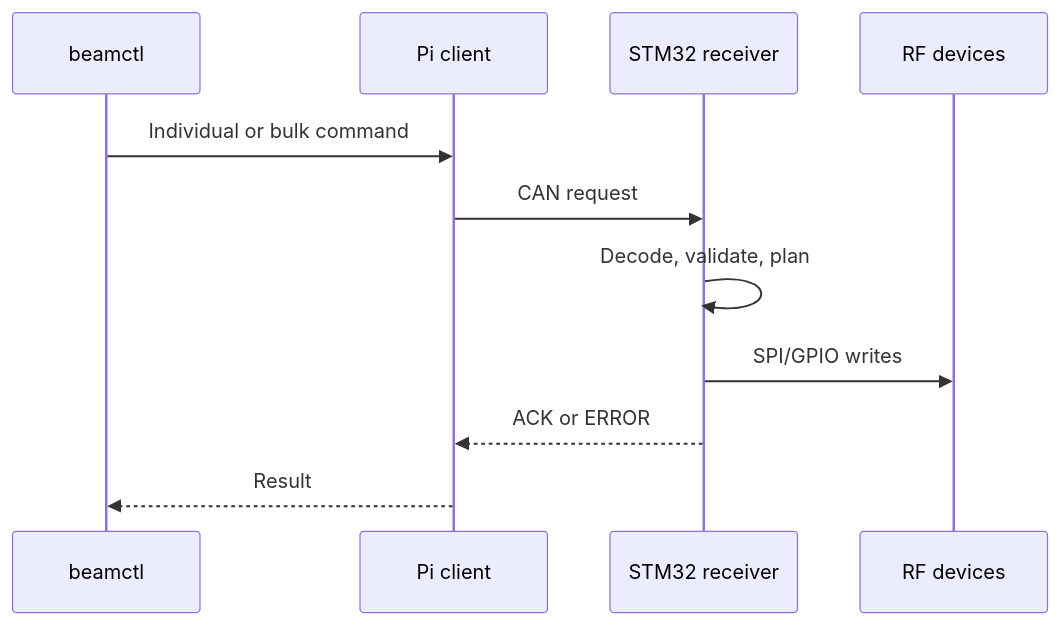
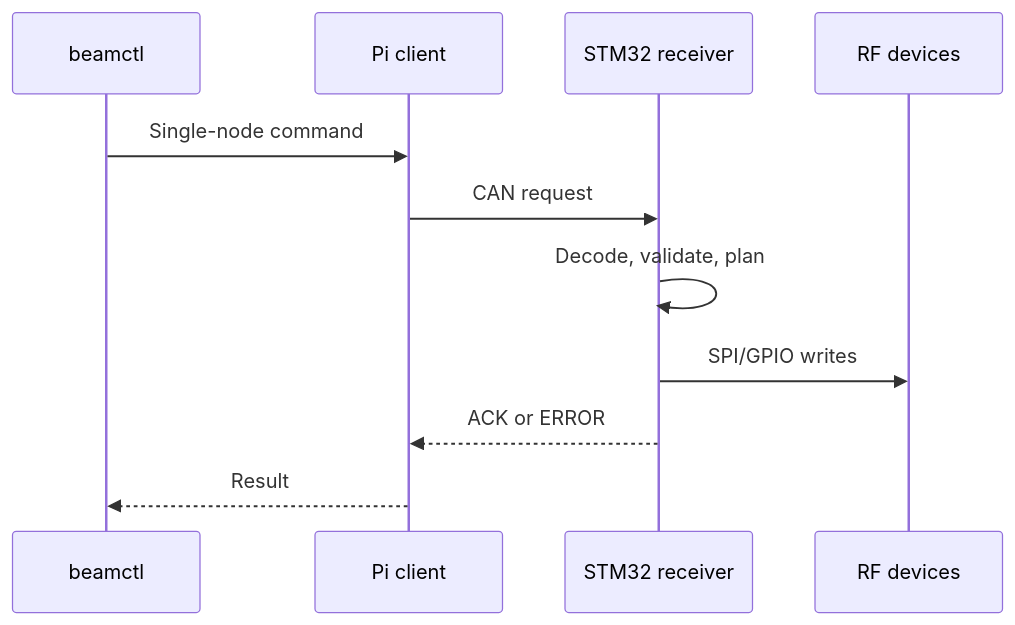
The diagram in docs/overview.md (uorocketry/beamforming-software), drawn with Mermaid before and after one commit. The commit also changed other lines of this file and 47 other files, not shown here.

````diff
--- a/docs/overview.md
+++ b/docs/overview.md
@@ -7,14 +8,14 @@
 ```mermaid
 sequenceDiagram
     participant Operator as beamctl
     participant Pi as Pi client
     participant STM32 as STM32 receiver
     participant RF as RF devices
 
-    Operator->>Pi: Individual or bulk command
+    Operator->>Pi: Single-node command
     Pi->>STM32: CAN request
     STM32->>STM32: Decode, validate, plan
     STM32->>RF: SPI/GPIO writes
     STM32-->>Pi: ACK or ERROR
     Pi-->>Operator: Result
 ```
````
